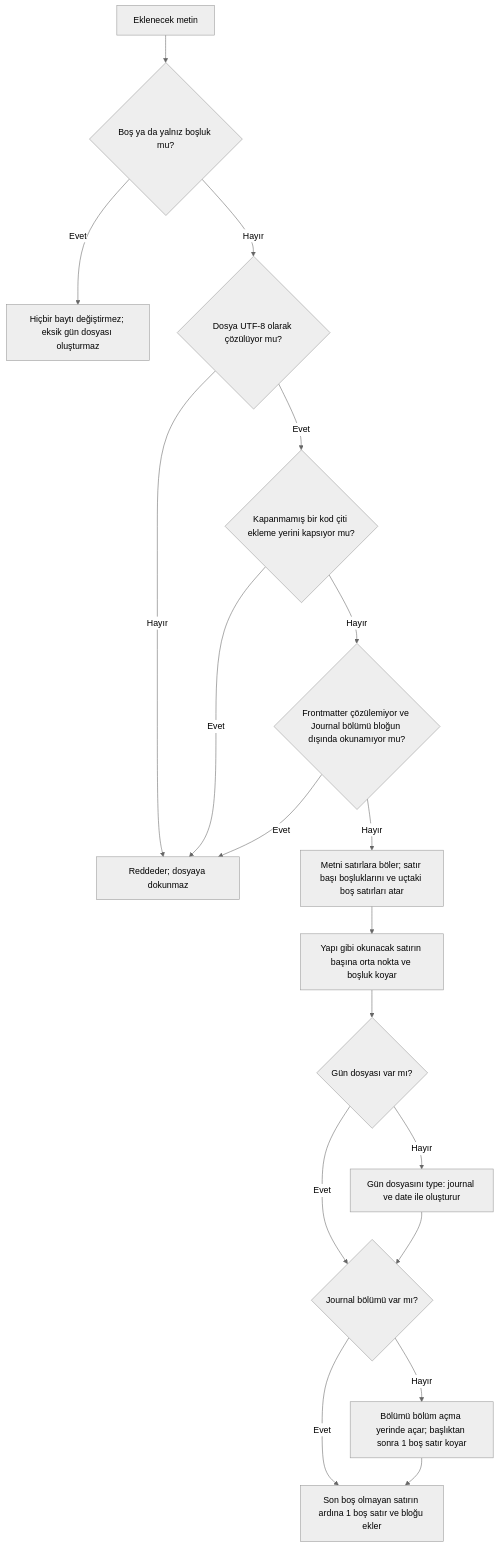
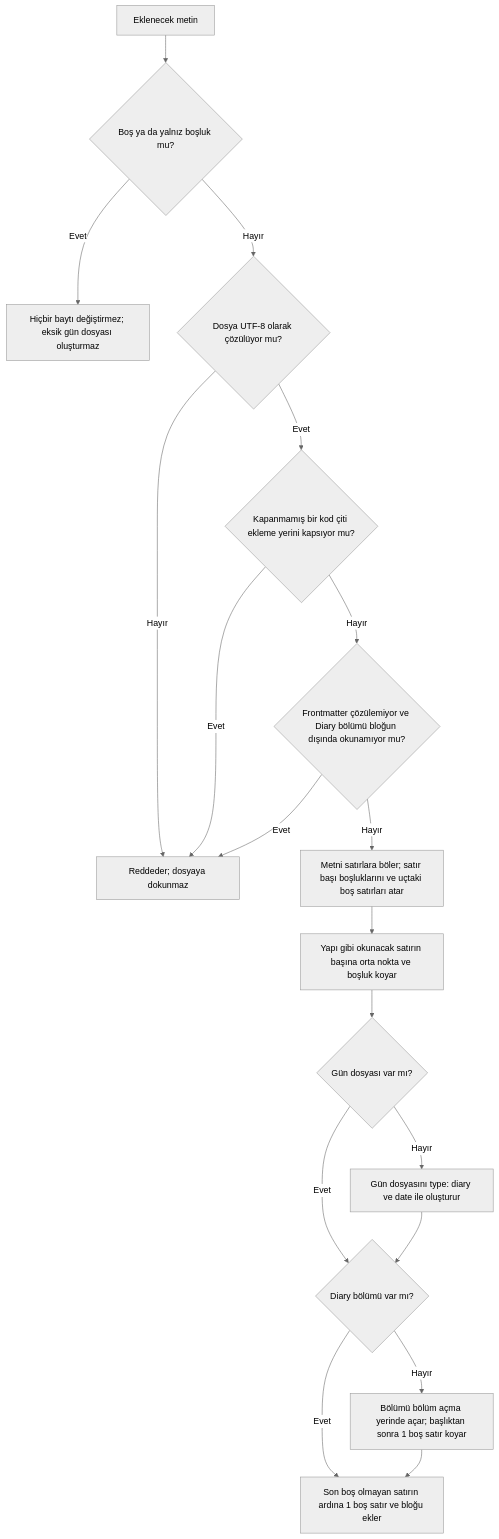
Before and after one commit to dogancanyildiz/kenet: diagram 11 of 23 in docs/vault-format.md, drawn with Mermaid (neutral theme). The commit also changed other lines of this file and 1289 other files, not shown here.

First line of the commit message:
chore: Journal adı kalkar; Günlük Diary, kasa diary/ (#400)

````diff
--- a/docs/vault-format.md
+++ b/docs/vault-format.md
@@ -856,20 +941,20 @@
 ```mermaid
 flowchart TD
   A["Eklenecek metin"] --> B{"Boş ya da yalnız boşluk mu?"}
   B -- Evet --> B1["Hiçbir baytı değiştirmez; eksik gün dosyası oluşturmaz"]
   B -- Hayır --> C{"Dosya UTF-8 olarak çözülüyor mu?"}
   C -- Hayır --> R["Reddeder; dosyaya dokunmaz"]
   C -- Evet --> D{"Kapanmamış bir kod çiti ekleme yerini kapsıyor mu?"}
   D -- Evet --> R
-  D -- Hayır --> E{"Frontmatter çözülemiyor ve Journal bölümü bloğun dışında okunamıyor mu?"}
+  D -- Hayır --> E{"Frontmatter çözülemiyor ve Diary bölümü bloğun dışında okunamıyor mu?"}
   E -- Evet --> R
   E -- Hayır --> F["Metni satırlara böler; satır başı boşluklarını ve uçtaki boş satırları atar"]
   F --> G["Yapı gibi okunacak satırın başına orta nokta ve boşluk koyar"]
   G --> H{"Gün dosyası var mı?"}
-  H -- Hayır --> H1["Gün dosyasını type: journal ve date ile oluşturur"]
-  H -- Evet --> I{"Journal bölümü var mı?"}
+  H -- Hayır --> H1["Gün dosyasını type: diary ve date ile oluşturur"]
+  H -- Evet --> I{"Diary bölümü var mı?"}
   H1 --> I
   I -- Hayır --> I1["Bölümü bölüm açma yerinde açar; başlıktan sonra 1 boş satır koyar"]
   I -- Evet --> J["Son boş olmayan satırın ardına 1 boş satır ve bloğu ekler"]
   I1 --> J
 ```
````
